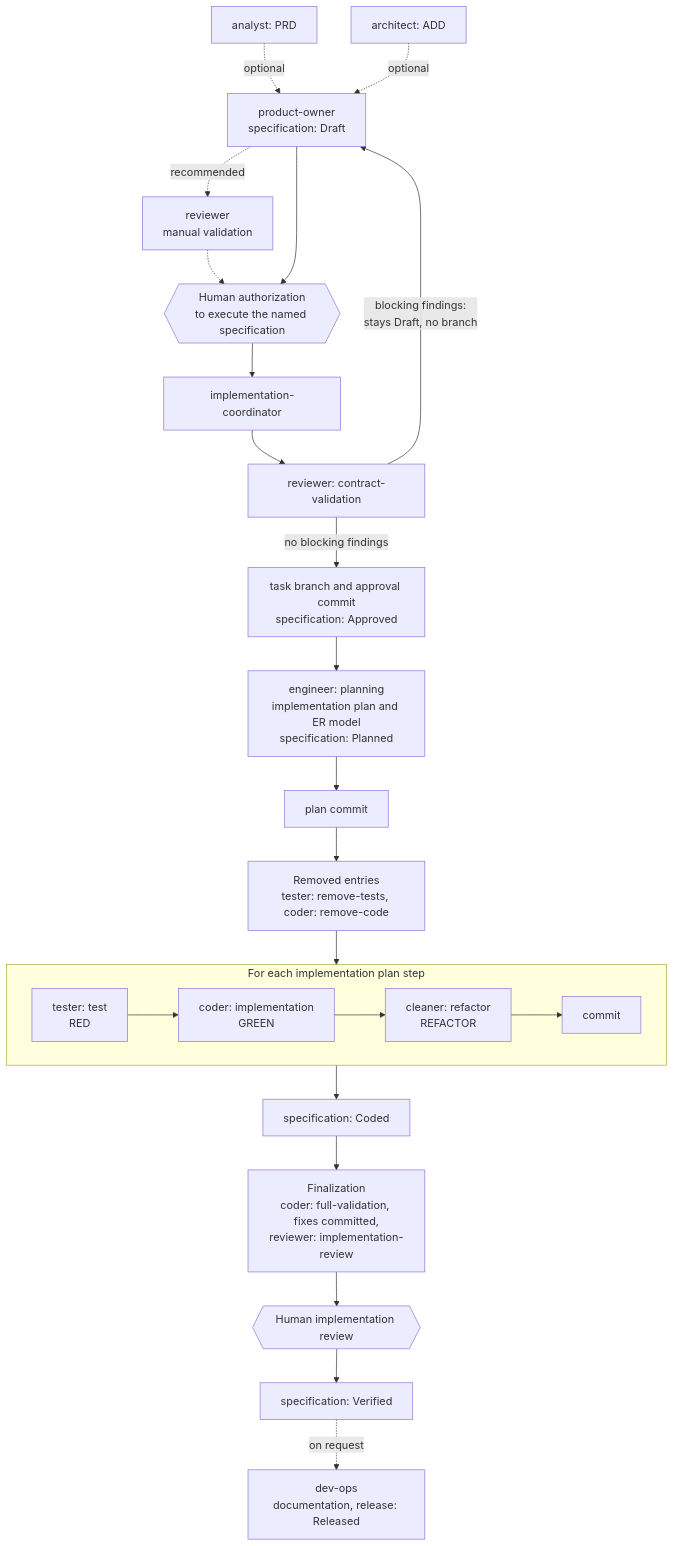
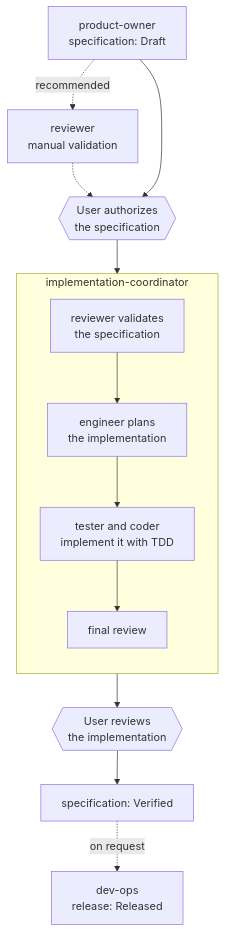
One commit to yocra3/AI_agents changed the first of 2 diagrams in README.md. Above: the diagram before and after it, drawn with Mermaid. The commit also changed other lines of this file and 25 other files, not shown here.

First line of the commit message:
feat(agents): plan Nextflow per specification and check images at build

````diff
--- a/README.md
+++ b/README.md
@@ -77,25 +78,15 @@
 ```mermaid
 flowchart TD
-    AN["analyst: PRD"] -. optional .-> PO
-    AR["architect: ADD"] -. optional .-> PO
     PO["product-owner<br/>specification: Draft"] -. recommended .-> MV["reviewer<br/>manual validation"]
     MV -.-> HA
-    PO --> HA{{"Human authorization<br/>to execute the named specification"}}
-    HA --> IC["implementation-coordinator"]
-    IC --> RV["reviewer: contract-validation"]
-    RV -- "blocking findings:<br/>stays Draft, no branch" --> PO
-    RV -- "no blocking findings" --> AP["task branch and approval commit<br/>specification: Approved"]
-    AP --> EN["engineer: planning<br/>implementation plan and ER model<br/>specification: Planned"]
-    EN --> PC["plan commit"]
-    PC --> RM["Removed entries<br/>tester: remove-tests, coder: remove-code"]
-    RM --> INC
-    subgraph INC ["For each implementation plan step"]
-        direction LR
-        T["tester: test<br/>RED"] --> C["coder: implementation<br/>GREEN"] --> CL["cleaner: refactor<br/>REFACTOR"] --> CM["commit"]
+    PO --> HA{{"User authorizes<br/>the specification"}}
+    HA --> IC
+    subgraph IC ["implementation-coordinator"]
+        direction TB
+        RV["reviewer validates<br/>the specification"] --> EN["engineer plans<br/>the implementation"]
+        EN --> TC["tester and coder<br/>implement it with TDD"] --> FR["final review"]
     end
-    INC --> CO["specification: Coded"]
-    CO --> FI["Finalization<br/>coder: full-validation, fixes committed,<br/>reviewer: implementation-review"]
-    FI --> HR{{"Human implementation review"}}
-    HR --> VE["specification: Verified"]
-    VE -. on request .-> DO["dev-ops<br/>documentation, release: Released"]
+    IC --> UR{{"User reviews<br/>the implementation"}}
+    UR --> VE["specification: Verified"]
+    VE -. on request .-> DO["dev-ops<br/>release: Released"]
 ```
````
